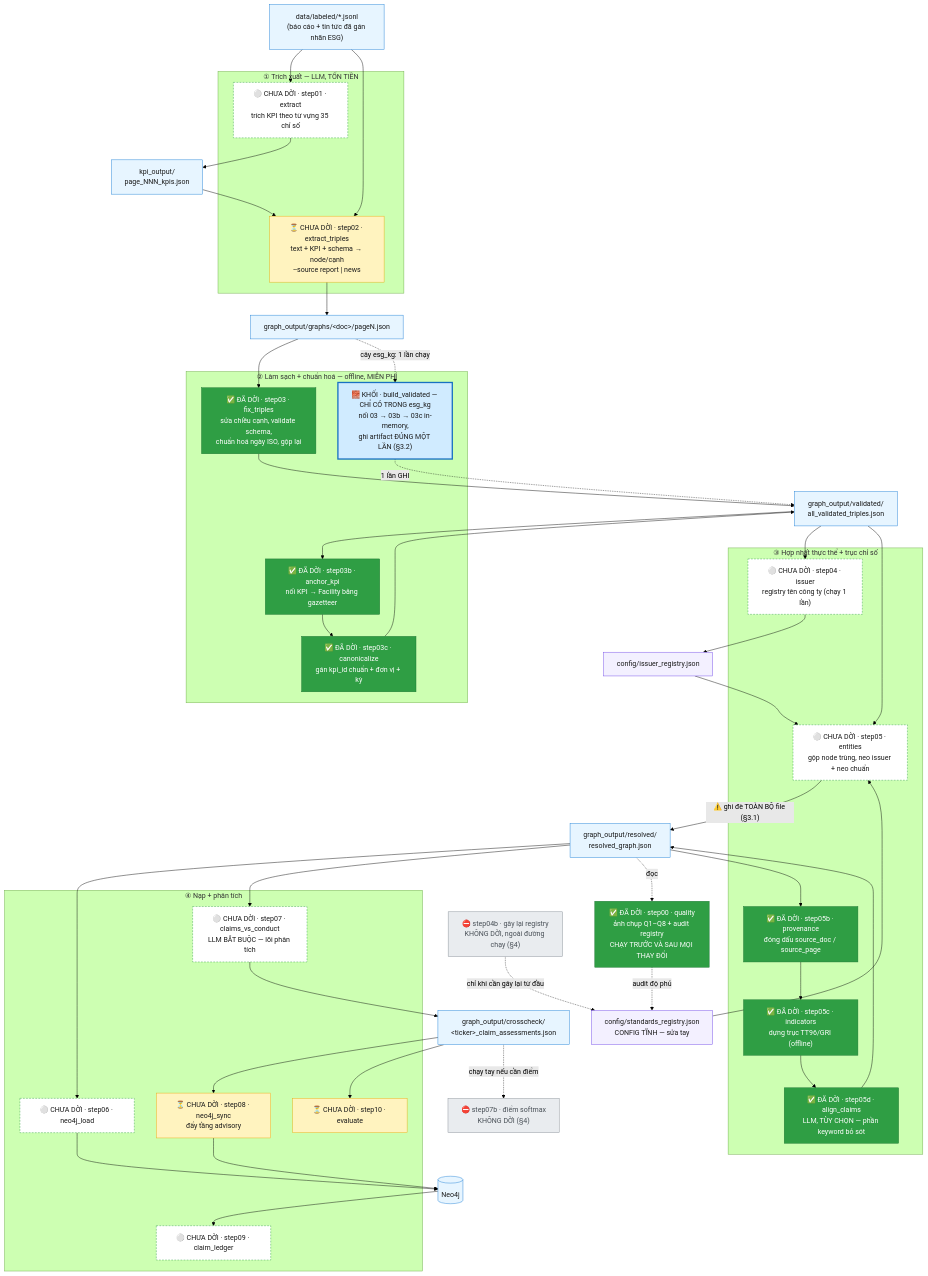
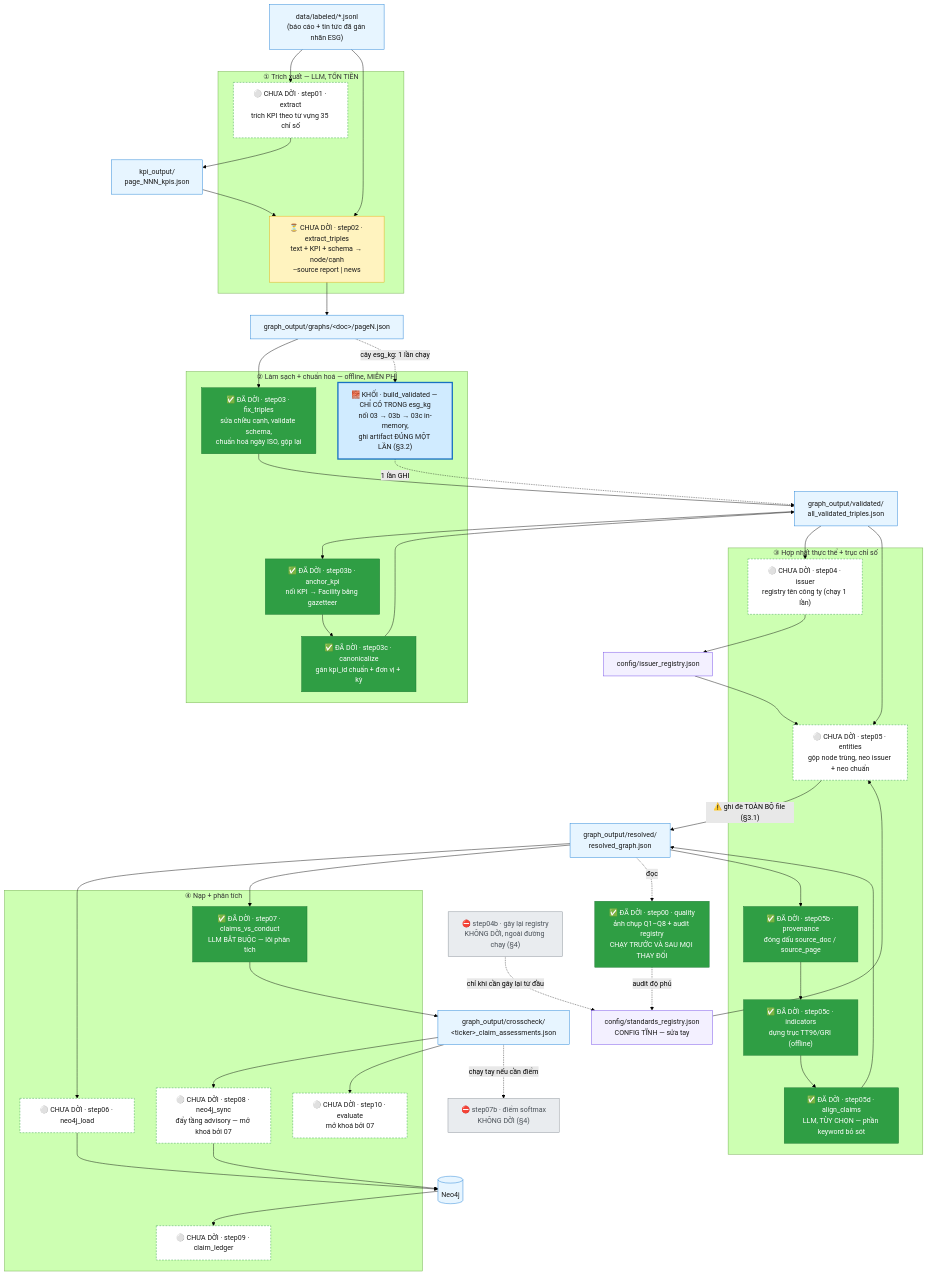
Before and after one commit to TranBaDat2607/capstone_test1: the first of 4 diagrams in src_module/PIPELINE.md, drawn with Mermaid (forest theme). The commit also changed other lines of this file and 5 other files, not shown here.

````diff
--- a/src_module/PIPELINE.md
+++ b/src_module/PIPELINE.md
@@ -82,75 +90,75 @@
 ```mermaid
 flowchart TD
     classDef migrated fill:#2f9e44,stroke:#1a7431,color:#ffffff
     classDef ready    fill:#ffffff,stroke:#2f9e44,stroke-dasharray:4 3,color:#1a1a1a
     classDef pending  fill:#fff3bf,stroke:#e8a90c,color:#1a1a1a
     classDef notport  fill:#e9ecef,stroke:#868e96,color:#495057
     classDef data     fill:#e7f5ff,stroke:#1c7ed6,color:#1a1a1a
     classDef cfg      fill:#f3f0ff,stroke:#7048e8,color:#1a1a1a
     classDef block    fill:#d0ebff,stroke:#1971c2,stroke-width:3px,color:#1a1a1a
 
     JSONL["data/labeled/*.jsonl<br/>(báo cáo + tin tức đã gán nhãn ESG)"]:::data
 
     subgraph P1["① Trích xuất — LLM, TỐN TIỀN"]
         S01["⚪ CHƯA DỜI · step01 · extract<br/>trích KPI theo từ vựng 35 chỉ số"]:::ready
         S02["⏳ CHƯA DỜI · step02 · extract_triples<br/>text + KPI + schema → node/cạnh<br/>--source report | news"]:::pending
     end
 
     KPIOUT["kpi_output/<br/>page_NNN_kpis.json"]:::data
     GRAPHS["graph_output/graphs/&lt;doc&gt;/pageN.json"]:::data
 
     subgraph P2["② Làm sạch + chuẩn hoá — offline, MIỄN PHÍ"]
         S03["✅ ĐÃ DỜI · step03 · fix_triples<br/>sửa chiều cạnh, validate schema,<br/>chuẩn hoá ngày ISO, gộp lại"]:::migrated
         S03B["✅ ĐÃ DỜI · step03b · anchor_kpi<br/>nối KPI → Facility bằng gazetteer"]:::migrated
         S03C["✅ ĐÃ DỜI · step03c · canonicalize<br/>gán kpi_id chuẩn + đơn vị + kỳ"]:::migrated
         BLK["🧱 KHỐI · build_validated — CHỈ CÓ TRONG esg_kg<br/>nối 03 → 03b → 03c in-memory,<br/>ghi artifact ĐÚNG MỘT LẦN (§3.2)"]:::block
     end
 
     VALID["graph_output/validated/<br/>all_validated_triples.json"]:::data
 
     subgraph P3["③ Hợp nhất thực thể + trục chỉ số"]
         S04["⚪ CHƯA DỜI · step04 · issuer<br/>registry tên công ty (chạy 1 lần)"]:::ready
         S05["⚪ CHƯA DỜI · step05 · entities<br/>gộp node trùng, neo issuer + neo chuẩn"]:::ready
         S05B["✅ ĐÃ DỜI · step05b · provenance<br/>đóng dấu source_doc / source_page"]:::migrated
         S05C["✅ ĐÃ DỜI · step05c · indicators<br/>dựng trục TT96/GRI (offline)"]:::migrated
         S05D["✅ ĐÃ DỜI · step05d · align_claims<br/>LLM, TÙY CHỌN — phần keyword bỏ sót"]:::migrated
     end
 
     RESOLVED["graph_output/resolved/<br/>resolved_graph.json"]:::data
 
     subgraph P4["④ Nạp + phân tích"]
         S06["⚪ CHƯA DỜI · step06 · neo4j_load"]:::ready
-        S07["⚪ CHƯA DỜI · step07 · claims_vs_conduct<br/>LLM BẮT BUỘC — lõi phân tích"]:::ready
-        S08["⏳ CHƯA DỜI · step08 · neo4j_sync<br/>đẩy tầng advisory"]:::pending
+        S07["✅ ĐÃ DỜI · step07 · claims_vs_conduct<br/>LLM BẮT BUỘC — lõi phân tích"]:::migrated
+        S08["⚪ CHƯA DỜI · step08 · neo4j_sync<br/>đẩy tầng advisory — mở khoá bởi 07"]:::ready
         S09["⚪ CHƯA DỜI · step09 · claim_ledger"]:::ready
-        S10["⏳ CHƯA DỜI · step10 · evaluate"]:::pending
+        S10["⚪ CHƯA DỜI · step10 · evaluate<br/>mở khoá bởi 07"]:::ready
     end
 
     REGI["config/issuer_registry.json"]:::cfg
     REGS["config/standards_registry.json<br/>CONFIG TĨNH — sửa tay"]:::cfg
     DOSSIER["graph_output/crosscheck/<br/>&lt;ticker&gt;_claim_assessments.json"]:::data
     NEO[("Neo4j")]:::data
 
     S00["✅ ĐÃ DỜI · step00 · quality<br/>ảnh chụp Q1–Q8 + audit registry<br/>CHẠY TRƯỚC VÀ SAU MỌI THAY ĐỔI"]:::migrated
     S07B["⛔ step07b · điểm softmax<br/>KHÔNG DỜI (§4)"]:::notport
     S04B["⛔ step04b · gây lại registry<br/>KHÔNG DỜI, ngoài đường chạy (§4)"]:::notport
 
     JSONL --> S01 --> KPIOUT --> S02
     JSONL --> S02 --> GRAPHS --> S03 --> VALID
     VALID --> S03B --> S03C --> VALID
     GRAPHS -.->|"cây esg_kg: 1 lần chạy"| BLK -.->|"1 lần GHI"| VALID
     VALID --> S04 --> REGI --> S05
     REGS --> S05
     VALID --> S05
     S05 -->|"⚠️ ghi đè TOÀN BỘ file (§3.1)"| RESOLVED
     RESOLVED --> S05B --> S05C --> S05D --> RESOLVED
     RESOLVED --> S06 --> NEO
     RESOLVED --> S07 --> DOSSIER --> S08 --> NEO
     NEO --> S09
     DOSSIER --> S10
 
     RESOLVED -.->|"đọc"| S00
     S00 -.->|"audit độ phủ"| REGS
     S04B -.->|"chỉ khi cần gây lại từ đầu"| REGS
     DOSSIER -.->|"chạy tay nếu cần điểm"| S07B
 ```
````
